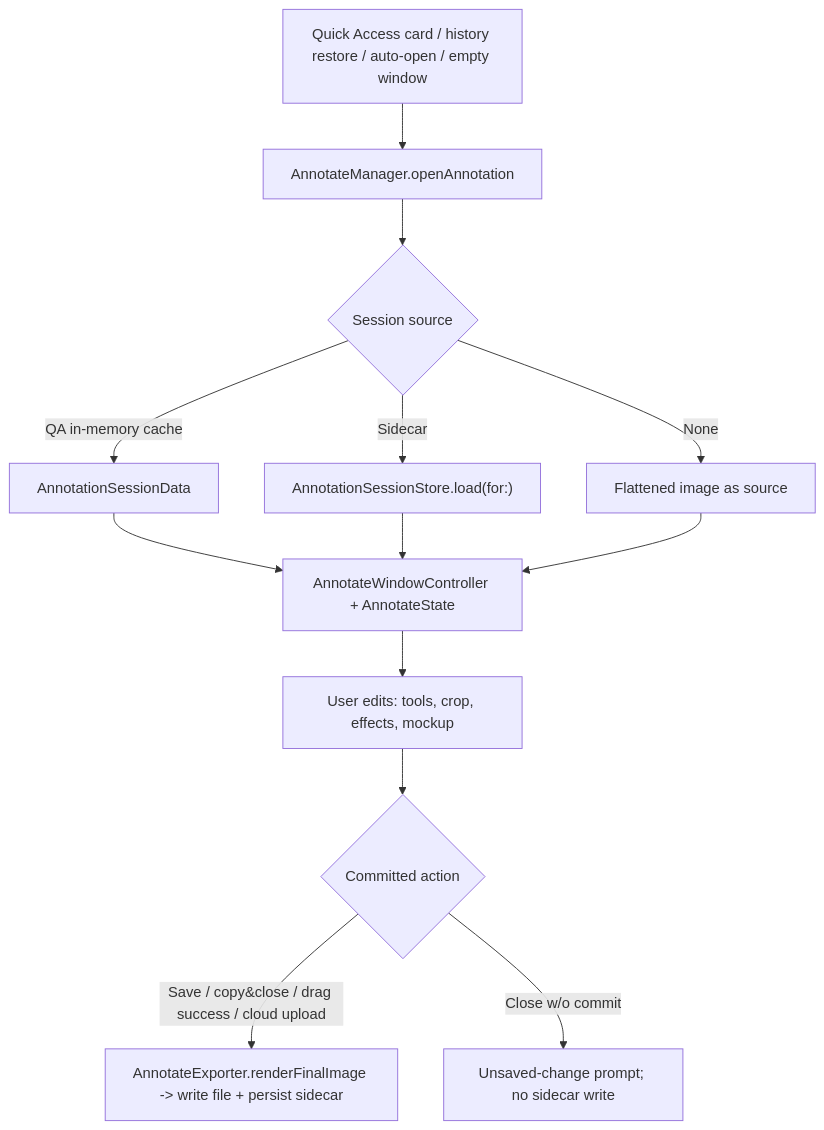
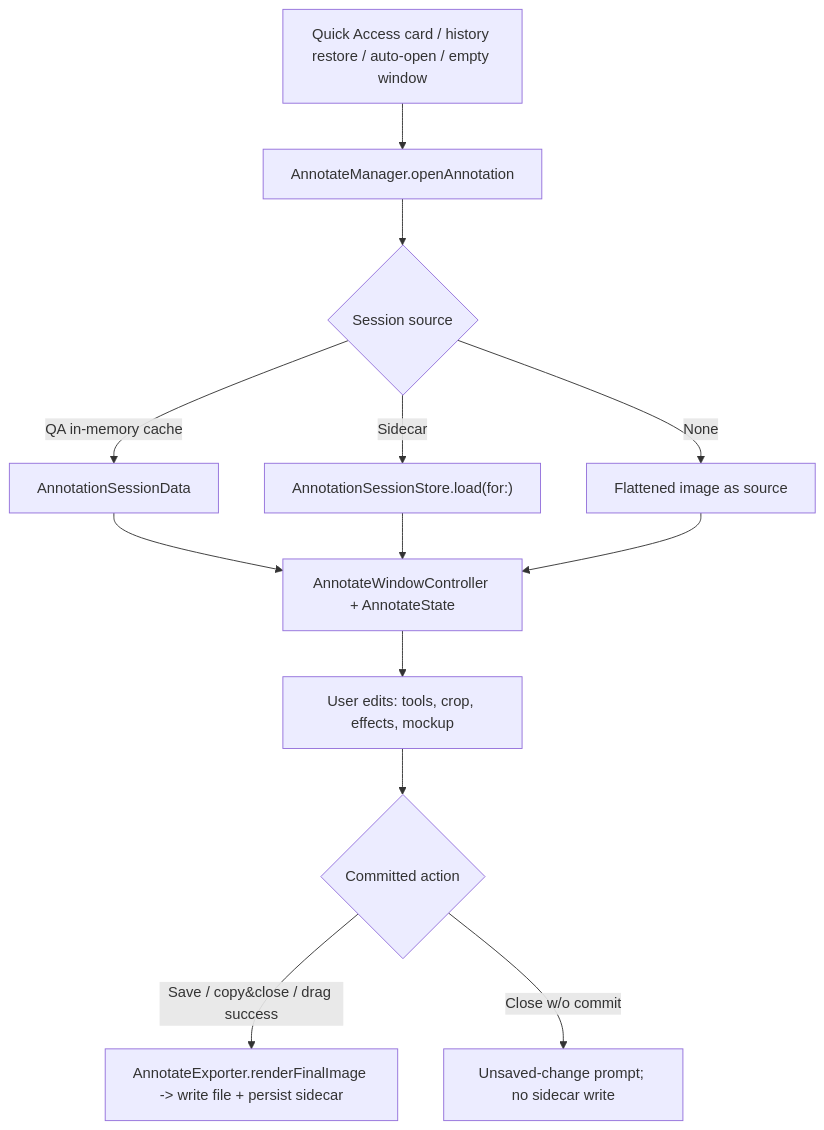
The first of 2 diagrams in docs/ANNOTATE.md (mourato/Cue), drawn with Mermaid before and after one commit. The commit also changed other lines of this file and 77 other files, not shown here.

Commit message:
refactor(cloud): retire BYO cloud upload stack

````diff
--- a/docs/ANNOTATE.md
+++ b/docs/ANNOTATE.md
@@ -17,15 +17,15 @@
 ```mermaid
 flowchart TD
     A["Quick Access card / history restore / auto-open / empty window"] --> B["AnnotateManager.openAnnotation"]
     B --> C{"Session source"}
     C -->|QA in-memory cache| D["AnnotationSessionData"]
     C -->|Sidecar| E["AnnotationSessionStore.load(for:)"]
     C -->|None| F["Flattened image as source"]
     D --> G["AnnotateWindowController + AnnotateState"]
     E --> G
     F --> G
     G --> H["User edits: tools, crop, effects, mockup"]
     H --> I{"Committed action"}
-    I -->|Save / copy&close / drag success / cloud upload| J["AnnotateExporter.renderFinalImage -> write file + persist sidecar"]
+    I -->|Save / copy&close / drag success| J["AnnotateExporter.renderFinalImage -> write file + persist sidecar"]
     I -->|Close w/o commit| K["Unsaved-change prompt; no sidecar write"]
 ```
````
